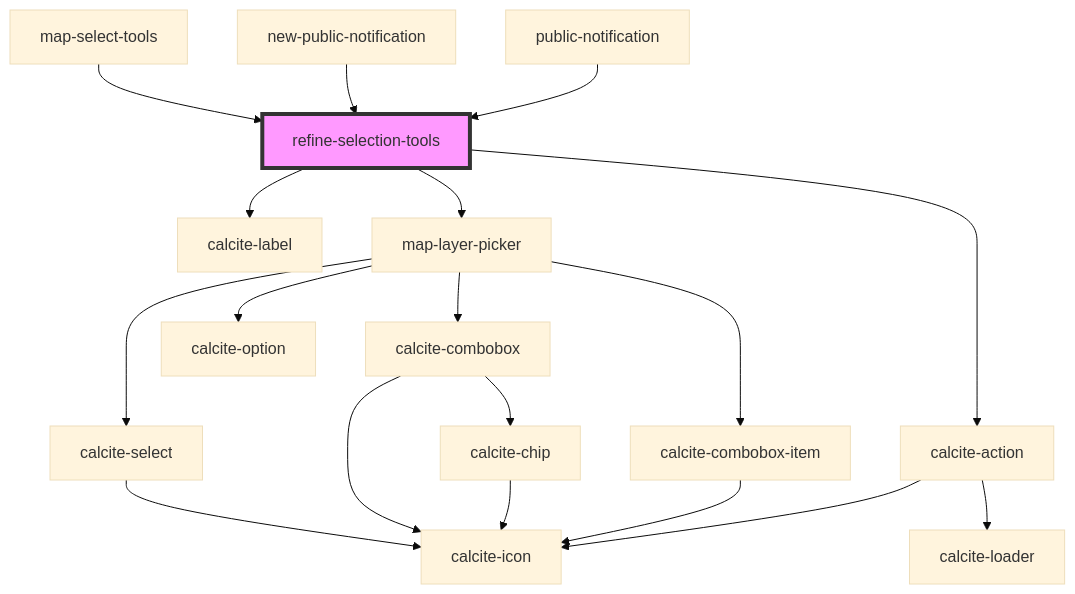
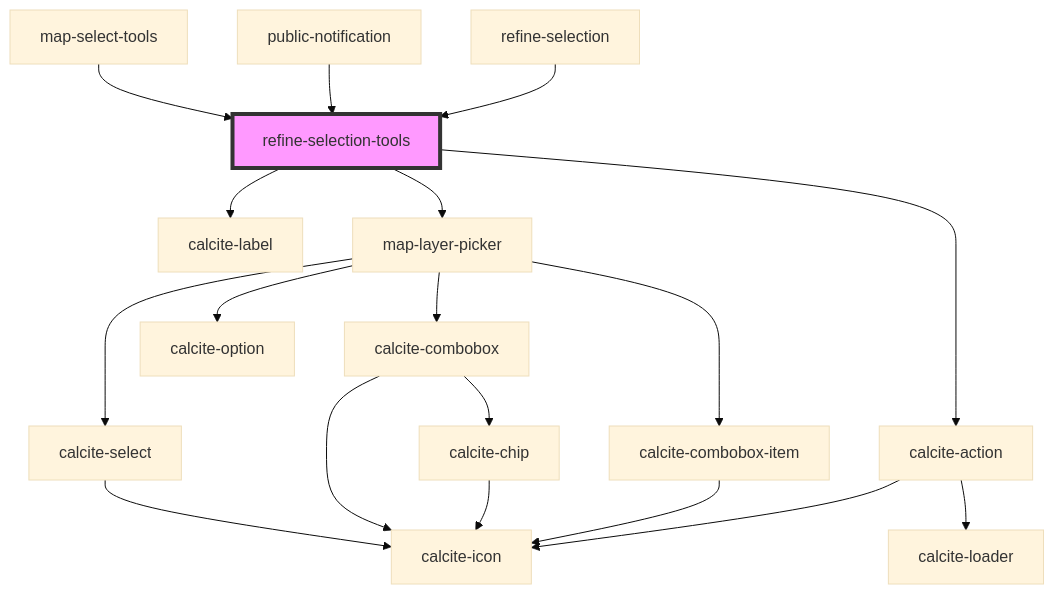
The diagram in src/components/refine-selection-tools/readme.md (Esri/solutions-components), drawn with Mermaid (base theme) before and after one commit. The commit also changed other lines of this file and 13 other files, not shown here.

````diff
--- a/src/components/refine-selection-tools/readme.md
+++ b/src/components/refine-selection-tools/readme.md
@@ -70,21 +70,21 @@
 ```mermaid
 graph TD;
   refine-selection-tools --> calcite-label
   refine-selection-tools --> map-layer-picker
   refine-selection-tools --> calcite-action
   map-layer-picker --> calcite-select
   map-layer-picker --> calcite-combobox
   map-layer-picker --> calcite-combobox-item
   map-layer-picker --> calcite-option
   calcite-select --> calcite-icon
   calcite-combobox --> calcite-chip
   calcite-combobox --> calcite-icon
   calcite-chip --> calcite-icon
   calcite-combobox-item --> calcite-icon
   calcite-action --> calcite-loader
   calcite-action --> calcite-icon
   map-select-tools --> refine-selection-tools
-  new-public-notification --> refine-selection-tools
   public-notification --> refine-selection-tools
+  refine-selection --> refine-selection-tools
   style refine-selection-tools fill:#f9f,stroke:#333,stroke-width:4px
 ```
````
